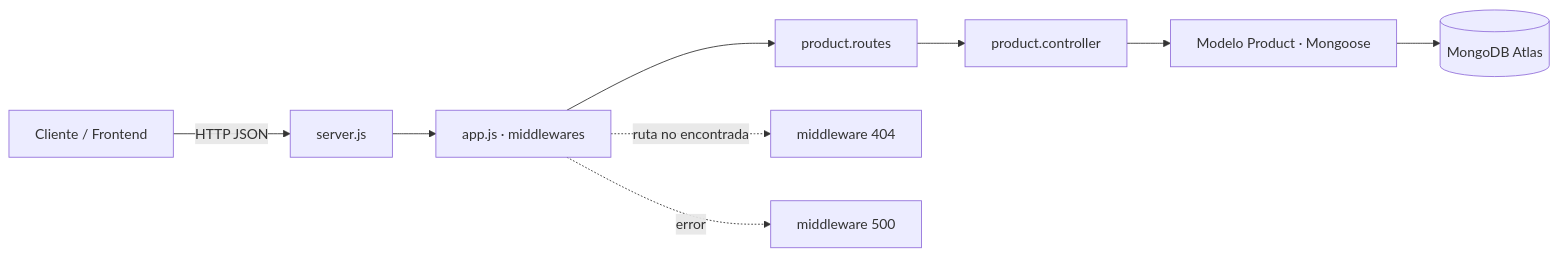
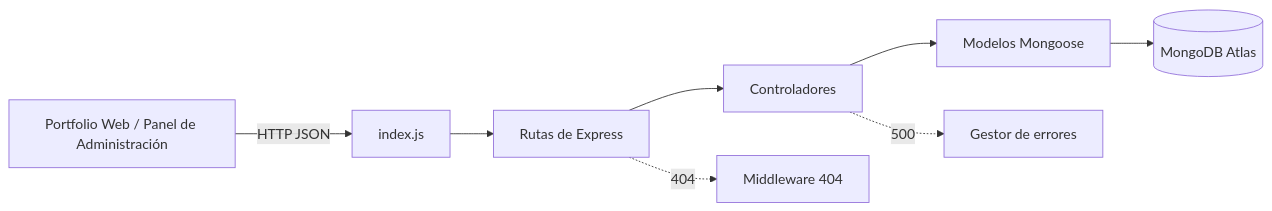
Before and after one commit to Allison-Eigsti/portfolio-dina: the diagram in README.md, drawn with Mermaid. The commit also changed other lines of this file, not shown here.

````diff
--- a/README.md
+++ b/README.md
@@ -12,11 +7,10 @@
 ```mermaid
 flowchart LR
-    Client[Cliente / Frontend] -->|HTTP JSON| Server[server.js]
-    Server --> App[app.js · middlewares]
-    App --> Routes[product.routes]
-    Routes --> Controller[product.controller]
-    Controller --> Model[Modelo Product · Mongoose]
-    Model --> DB[(MongoDB Atlas)]
-    App -.->|ruta no encontrada| NF[middleware 404]
-    App -.->|error| EH[middleware 500]
+    Client[Portfolio Web / Panel de Administración] -->|HTTP JSON| Server[index.js]
+    Server --> Routes[Rutas de Express]
+    Routes --> Controllers[Controladores]
+    Controllers --> Models[Modelos Mongoose]
+    Models --> DB[(MongoDB Atlas)]
+    Routes -.->|404| NotFound[Middleware 404]
+    Controllers -.->|500| ErrorHandler[Gestor de errores]
 ```
````
